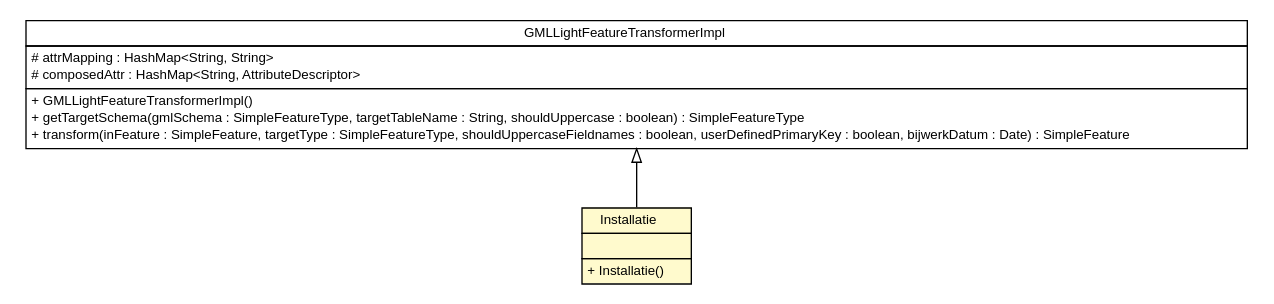
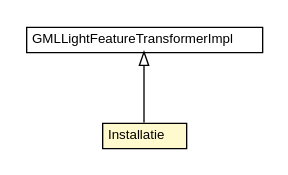
Before and after one commit to B3Partners/brmo: the diagram in bgt-gml-loader/apidocs/nl/b3p/brmo/loader/gml/light/Installatie.dot, drawn with Graphviz. The commit also changed 363 other files, not shown here.

```diff
--- a/bgt-gml-loader/apidocs/nl/b3p/brmo/loader/gml/light/Installatie.dot
+++ b/bgt-gml-loader/apidocs/nl/b3p/brmo/loader/gml/light/Installatie.dot
@@ -1,41 +1,26 @@
 #!/usr/local/bin/dot
 #
 # Class diagram 
 # Generated by UMLGraph version R5_6-24-gf6e263 (http://www.umlgraph.org/)
 #
 
 digraph G {
 	edge [fontname="Helvetica",fontsize=10,labelfontname="Helvetica",labelfontsize=10];
 	node [fontname="Helvetica",fontsize=10,shape=plaintext];
 	nodesep=0.25;
 	ranksep=0.5;
 	// nl.b3p.brmo.loader.gml.light.Installatie
-	c637 [label=<<table title="nl.b3p.brmo.loader.gml.light.Installatie" border="0" cellborder="1" cellspacing="0" cellpadding="2" port="p" bgcolor="lemonChiffon" href="./Installatie.html">
+	c619 [label=<<table title="nl.b3p.brmo.loader.gml.light.Installatie" border="0" cellborder="1" cellspacing="0" cellpadding="2" port="p" bgcolor="lemonChiffon" href="./Installatie.html">
 		<tr><td><table border="0" cellspacing="0" cellpadding="1">
 <tr><td align="center" balign="center"> Installatie </td></tr>
 		</table></td></tr>
-		<tr><td><table border="0" cellspacing="0" cellpadding="1">
-<tr><td align="left" balign="left">  </td></tr>
-		</table></td></tr>
-		<tr><td><table border="0" cellspacing="0" cellpadding="1">
-<tr><td align="left" balign="left"> + Installatie() </td></tr>
-		</table></td></tr>
 		</table>>, URL="./Installatie.html", fontname="Helvetica", fontcolor="black", fontsize=10.0];
 	// nl.b3p.brmo.loader.gml.light.GMLLightFeatureTransformerImpl
-	c641 [label=<<table title="nl.b3p.brmo.loader.gml.light.GMLLightFeatureTransformerImpl" border="0" cellborder="1" cellspacing="0" cellpadding="2" port="p" href="./GMLLightFeatureTransformerImpl.html">
+	c623 [label=<<table title="nl.b3p.brmo.loader.gml.light.GMLLightFeatureTransformerImpl" border="0" cellborder="1" cellspacing="0" cellpadding="2" port="p" href="./GMLLightFeatureTransformerImpl.html">
 		<tr><td><table border="0" cellspacing="0" cellpadding="1">
 <tr><td align="center" balign="center"> GMLLightFeatureTransformerImpl </td></tr>
 		</table></td></tr>
-		<tr><td><table border="0" cellspacing="0" cellpadding="1">
-<tr><td align="left" balign="left"> # attrMapping : HashMap&lt;String, String&gt; </td></tr>
-<tr><td align="left" balign="left"> # composedAttr : HashMap&lt;String, AttributeDescriptor&gt; </td></tr>
-		</table></td></tr>
-		<tr><td><table border="0" cellspacing="0" cellpadding="1">
-<tr><td align="left" balign="left"> + GMLLightFeatureTransformerImpl() </td></tr>
-<tr><td align="left" balign="left"> + getTargetSchema(gmlSchema : SimpleFeatureType, targetTableName : String, shouldUppercase : boolean) : SimpleFeatureType </td></tr>
-<tr><td align="left" balign="left"> + transform(inFeature : SimpleFeature, targetType : SimpleFeatureType, shouldUppercaseFieldnames : boolean, userDefinedPrimaryKey : boolean, bijwerkDatum : Date) : SimpleFeature </td></tr>
-		</table></td></tr>
 		</table>>, URL="./GMLLightFeatureTransformerImpl.html", fontname="Helvetica", fontcolor="black", fontsize=10.0];
 	//nl.b3p.brmo.loader.gml.light.Installatie extends nl.b3p.brmo.loader.gml.light.GMLLightFeatureTransformerImpl
-	c641:p -> c637:p [dir=back,arrowtail=empty];
+	c623:p -> c619:p [dir=back,arrowtail=empty];
 }
```
